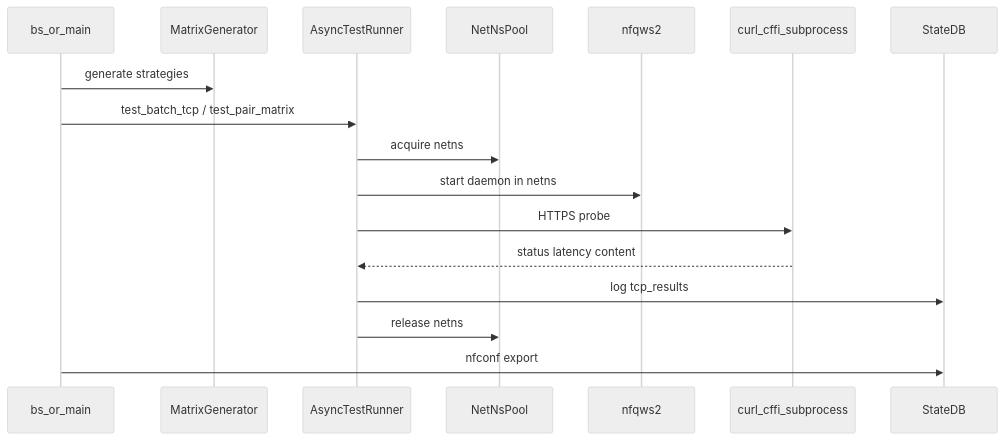
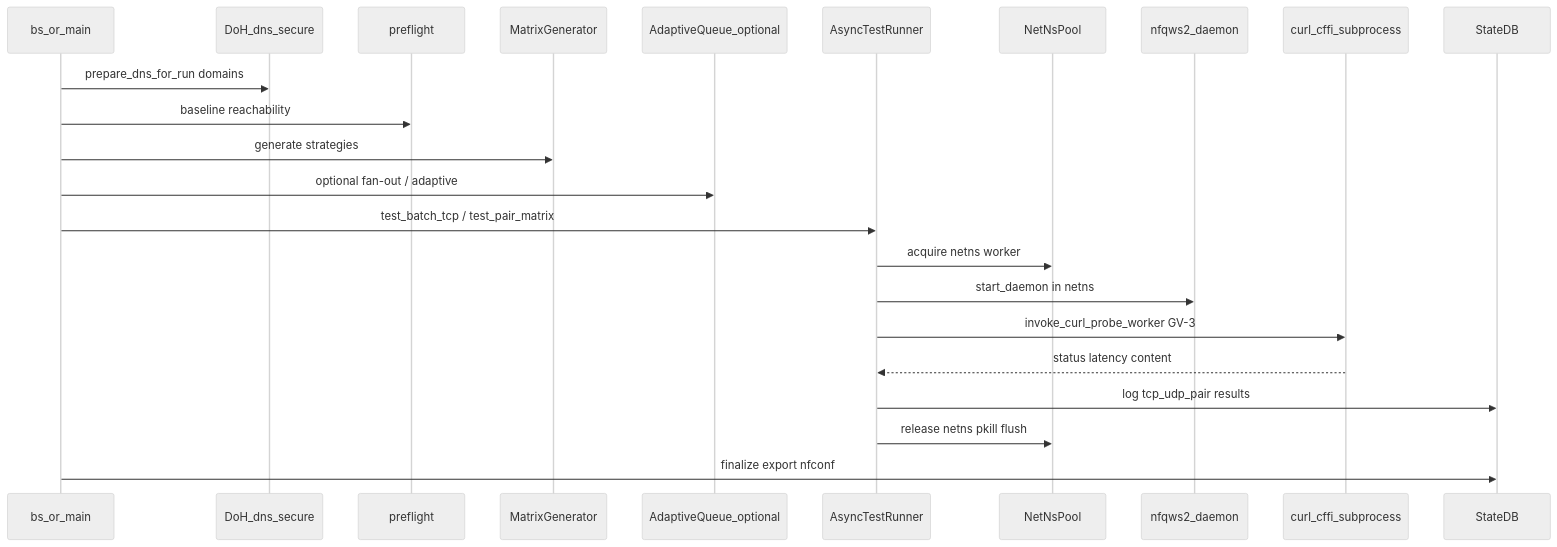
The first of 4 diagrams in docs/architecture.md (zhoel-sherk/blockcheckS), drawn with Mermaid (neutral theme) before and after one commit. The commit also changed other lines of this file and 12 other files, not shown here.

First line of the commit message:
feat(alpha): Wave1 probe API, preset path jail, architecture docs

````diff
--- a/docs/architecture.md
+++ b/docs/architecture.md
@@ -7,20 +7,26 @@
 ```mermaid
 sequenceDiagram
   participant CLI as bs_or_main
+  participant DNS as DoH_dns_secure
+  participant PF as preflight
   participant MG as MatrixGenerator
+  participant AQ as AdaptiveQueue_optional
   participant AR as AsyncTestRunner
   participant NP as NetNsPool
-  participant NFQ as nfqws2
+  participant NFQ as nfqws2_daemon
   participant CURL as curl_cffi_subprocess
   participant DB as StateDB
 
+  CLI->>DNS: prepare_dns_for_run domains
+  CLI->>PF: baseline reachability
   CLI->>MG: generate strategies
+  CLI->>AQ: optional fan-out / adaptive
   CLI->>AR: test_batch_tcp / test_pair_matrix
-  AR->>NP: acquire netns
-  AR->>NFQ: start daemon in netns
-  AR->>CURL: HTTPS probe
+  AR->>NP: acquire netns worker
+  AR->>NFQ: start_daemon in netns
+  AR->>CURL: invoke_curl_probe_worker GV-3
   CURL-->>AR: status latency content
-  AR->>DB: log tcp_results
-  AR->>NP: release netns
-  CLI->>DB: nfconf export
+  AR->>DB: log tcp_udp_pair results
+  AR->>NP: release netns pkill flush
+  CLI->>DB: finalize export nfconf
 ```
````
